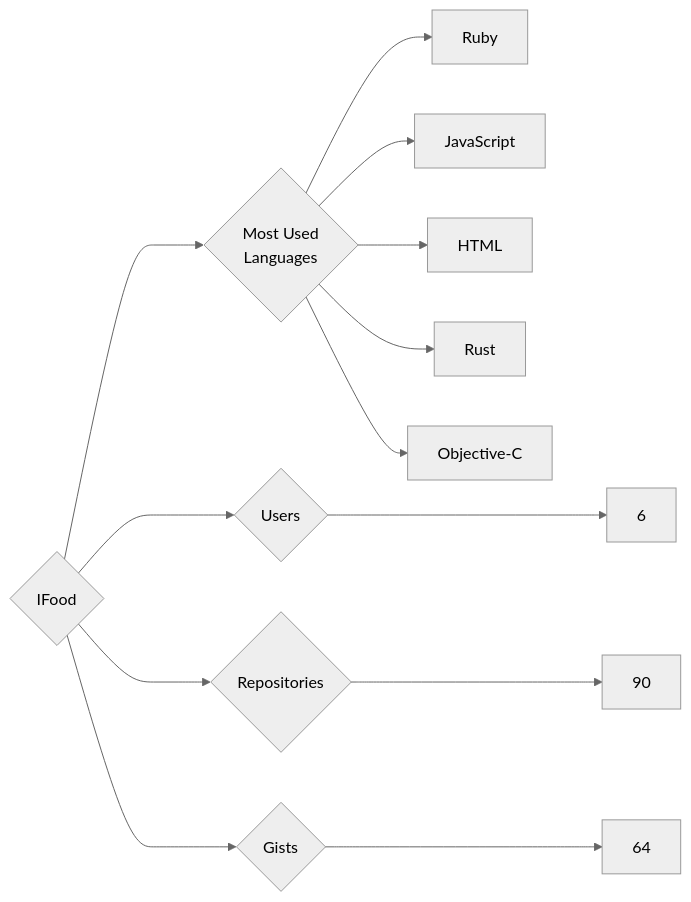
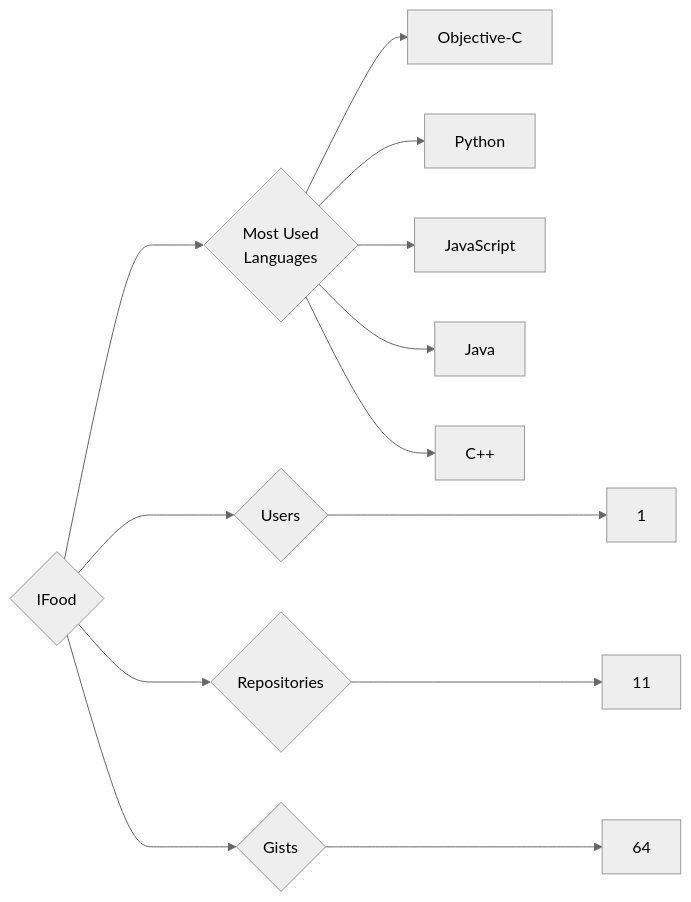
One commit to trickest/insiders changed the diagram in targets/IFood/README.md. Above: the diagram before and after it, drawn with Mermaid (neutral theme). The commit also changed 676 other files, not shown here.

````diff
--- a/targets/IFood/README.md
+++ b/targets/IFood/README.md
@@ -3,13 +3,13 @@
 ```mermaid
 graph LR
 COMPANY_NAME{IFood}
-COMPANY_NAME ---> U{Users} ---> UN[6]
-COMPANY_NAME ---> R{Repositories} ---> RN[90]
+COMPANY_NAME ---> U{Users} ---> UN[1]
+COMPANY_NAME ---> R{Repositories} ---> RN[11]
 COMPANY_NAME ---> G{Gists} ---> GN[64]
 COMPANY_NAME ---> ML{Most Used<br>Languages}
-ML --> Ruby[Ruby]
+ML --> Objective-C[Objective-C]
+ML --> Python[Python]
 ML --> JavaScript[JavaScript]
-ML --> HTML[HTML]
-ML --> Rust[Rust]
-ML --> Objective-C[Objective-C]
+ML --> Java[Java]
+ML --> C++[C++]
 ```
````
